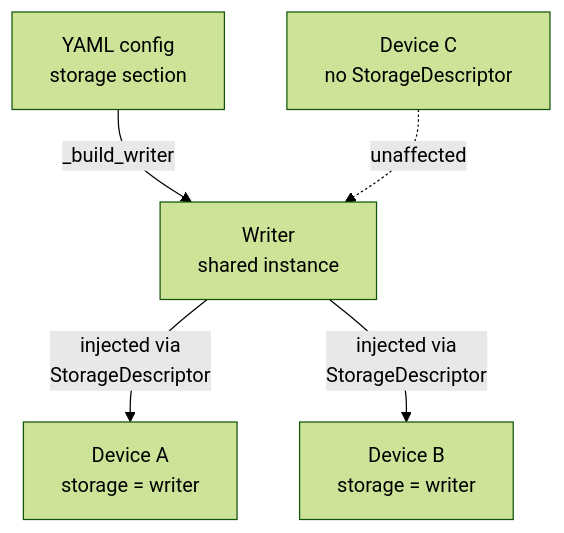
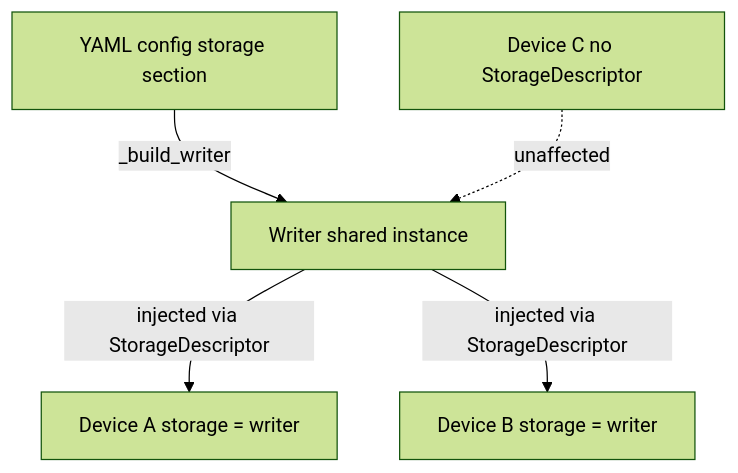
The diagram in docs/explanation/storage.md (redsun-acquisition/redsun), drawn with Mermaid (forest theme) before and after one commit.

Commit message:
docs: fix graph

````diff
--- a/docs/explanation/storage.md
+++ b/docs/explanation/storage.md
@@ -9,7 +9,7 @@
 ```mermaid
 graph TD
-    YAML[YAML config\nstorage section] -->|_build_writer| W[Writer\nshared instance]
-    W -->|injected via\nStorageDescriptor| D1[Device A\nstorage = writer]
-    W -->|injected via\nStorageDescriptor| D2[Device B\nstorage = writer]
-    D3[Device C\nno StorageDescriptor] -. unaffected .-> W
+    YAML[YAML config storage section] -->|_build_writer| W[Writer shared instance]
+    W -->|injected via StorageDescriptor| D1[Device A storage = writer]
+    W -->|injected via StorageDescriptor| D2[Device B storage = writer]
+    D3[Device C no StorageDescriptor] -. unaffected .-> W
 ```
````
